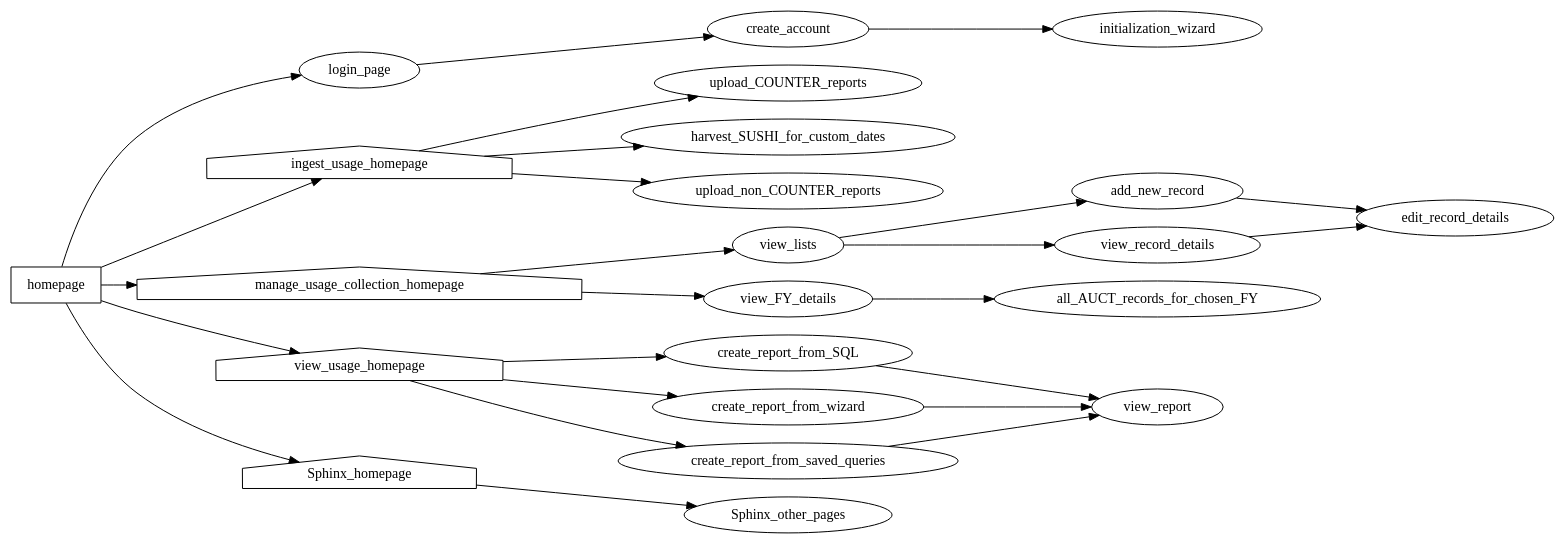
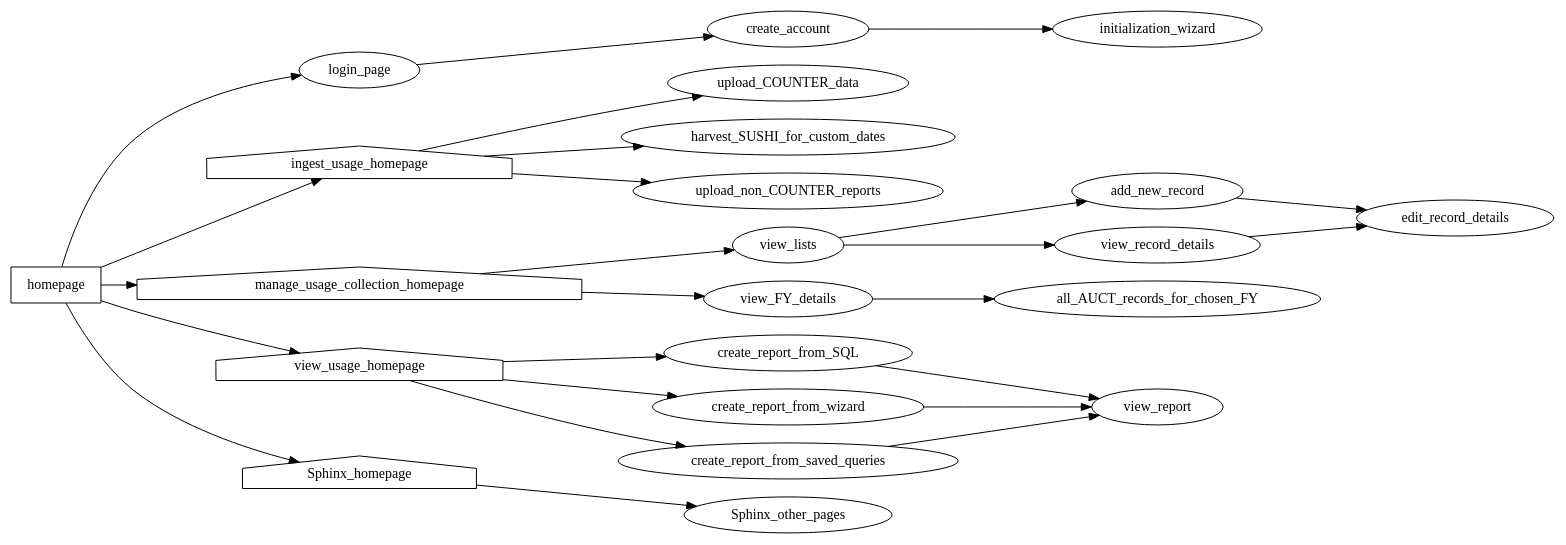
Before and after one commit to ereiskind/nolcat: the diagram in docs/source/sitemap.dot, drawn with Graphviz. The commit also changed 9 other files, not shown here.

Commit message:
Move SQL insert ingest to `upload_COUNTER_data` route

```diff
--- a/docs/source/sitemap.dot
+++ b/docs/source/sitemap.dot
@@ -1,77 +1,77 @@
 digraph nolcat_sitemap {
     /* *** NoLCAT SITEMAP *** */
     rankdir=LR
 
 
     /* *** Main NoLCAT Folder *** */
     homepage [shape="box"]
         homepage -> login_page
         homepage -> ingest_usage_homepage
         homepage -> manage_usage_collection_homepage
         homepage -> view_usage_homepage
         homepage -> Sphinx_homepage
 
 
     /* *** `login` Blueprint *** */
     login_page
         login_page -> create_account
     // Account creation may not be needed--a single set of credentials for each user type may be created instead
     create_account
         create_account -> initialization_wizard // Page in `ingest` section; linkage because program will request data for database initialization upon creation of first account
     // And any other pages needed for authentication
 
 
     /* *** `initialization` Blueprint *** */
     initialization_wizard
 
 
     /* *** `ingest_usage` Blueprint *** */
     ingest_usage_homepage [shape="house"]
-        ingest_usage_homepage -> upload_COUNTER_reports
+        ingest_usage_homepage -> upload_COUNTER_data
         ingest_usage_homepage -> harvest_SUSHI_for_custom_dates
         ingest_usage_homepage -> upload_non_COUNTER_reports
-    upload_COUNTER_reports
+    upload_COUNTER_data
     harvest_SUSHI_for_custom_dates
     upload_non_COUNTER_reports
 
 
     /* *** `annual_stats` Blueprint *** */
     manage_usage_collection_homepage [shape="house"]
         manage_usage_collection_homepage -> view_lists
         manage_usage_collection_homepage -> view_FY_details // The FY for which the details will be shown is selected before going to the page
     view_FY_details
         view_FY_details -> all_AUCT_records_for_chosen_FY
     all_AUCT_records_for_chosen_FY
 
 
     /* *** `view_lists` Blueprint *** */
     // StatisticsSources, ResourceSources, and Vendors are similar enough in structure and purpose that the same Flask logic and Jinja templates can be used
     view_lists
         view_lists -> add_new_record
         view_lists -> view_record_details
     add_new_record
         add_new_record -> edit_record_details // To provide info for the new source
     view_record_details
         view_record_details -> edit_record_details
     edit_record_details // Includes adding or editing notes
 
 
     /* *** `view_usage` Blueprint *** */
     view_usage_homepage [shape="house"]
         view_usage_homepage -> create_report_from_SQL
         view_usage_homepage -> create_report_from_wizard
         view_usage_homepage -> create_report_from_saved_queries
     create_report_from_SQL // Runs a custom SQL statement against the database
         create_report_from_SQL -> view_report
     create_report_from_wizard // GUI options are used to write SQL behind the scenes
         create_report_from_wizard -> view_report
     create_report_from_saved_queries // SQL statements that are either complete or only ask for one input for commonly asked questions
         create_report_from_saved_queries -> view_report
     view_report
 
 
     /* *** Sphinx *** */
     Sphinx_homepage [shape="house"]
         Sphinx_homepage -> Sphinx_other_pages
     Sphinx_other_pages // Use Sphinx itself for site organization
 }
```
